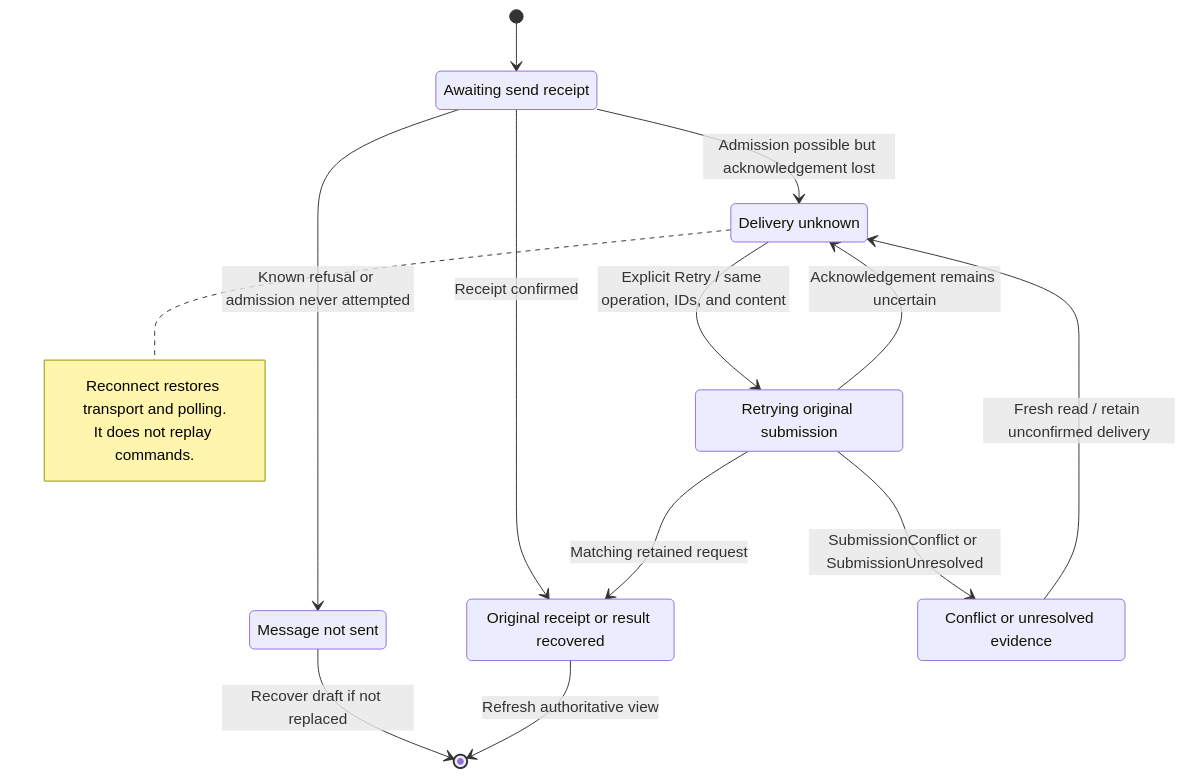
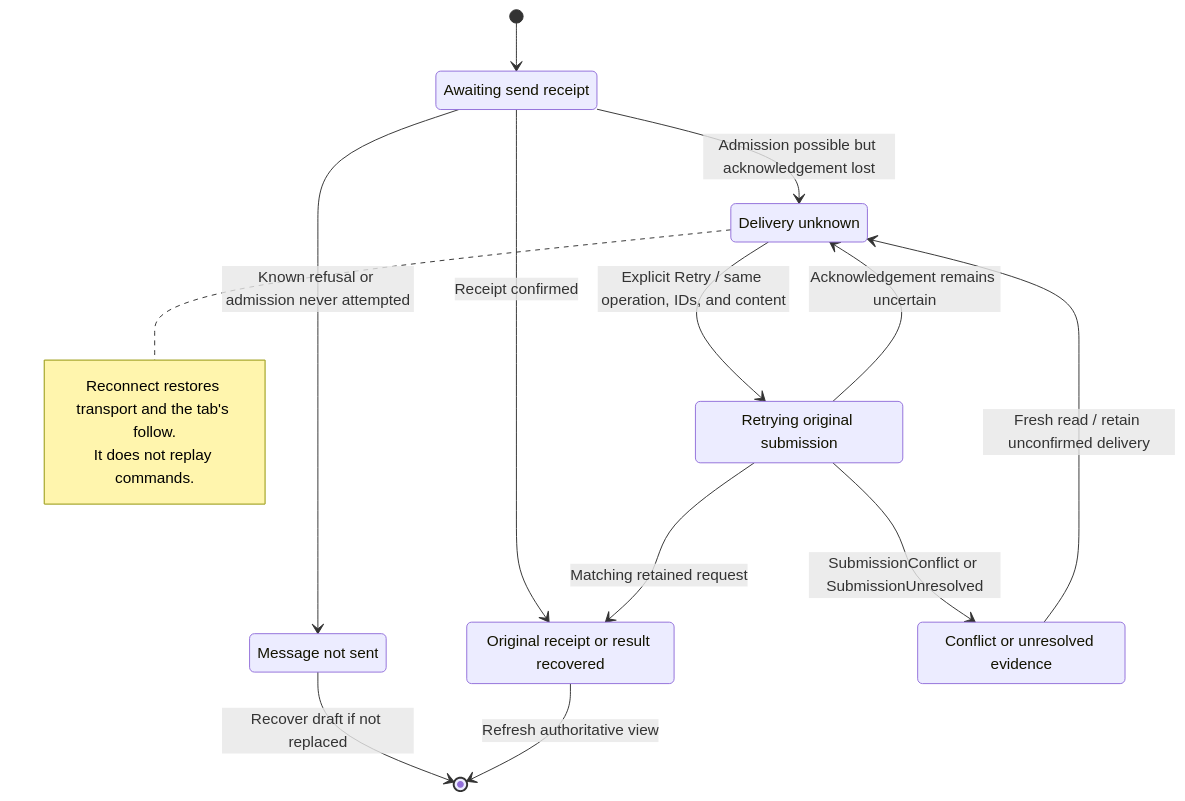
The first of 2 diagrams in docs/state/services/desktop/chat/recover-a-refused-or-unconfirmed-send.md (nessalabs/nessa-agent), drawn with Mermaid before and after one commit. The commit also changed 92 other files, not shown here.

````diff
--- a/docs/state/services/desktop/chat/recover-a-refused-or-unconfirmed-send.md
+++ b/docs/state/services/desktop/chat/recover-a-refused-or-unconfirmed-send.md
@@ -30,24 +30,24 @@
 ```mermaid
 stateDiagram-v2
     state "Awaiting send receipt" as Sending
     state "Message not sent" as Refused
     state "Delivery unknown" as Unknown
     state "Retrying original submission" as Retrying
     state "Original receipt or result recovered" as Recovered
     state "Conflict or unresolved evidence" as Unresolved
     [*] --> Sending
     Sending --> Refused: Known refusal or admission never attempted
     Refused --> [*]: Recover draft if not replaced
     Sending --> Unknown: Admission possible but acknowledgement lost
     Sending --> Recovered: Receipt confirmed
     Unknown --> Retrying: Explicit Retry / same operation, IDs, and content
     Retrying --> Recovered: Matching retained request
     Retrying --> Unresolved: SubmissionConflict or SubmissionUnresolved
     Retrying --> Unknown: Acknowledgement remains uncertain
     Unresolved --> Unknown: Fresh read / retain unconfirmed delivery
     Recovered --> [*]: Refresh authoritative view
     note right of Unknown
-        Reconnect restores transport and polling.
+        Reconnect restores transport and the tab's follow.
         It does not replay commands.
     end note
 ```
````
